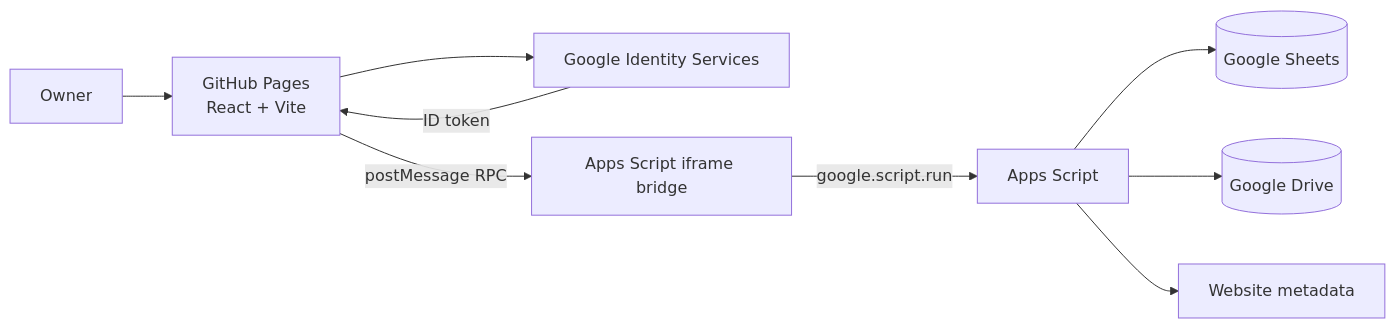
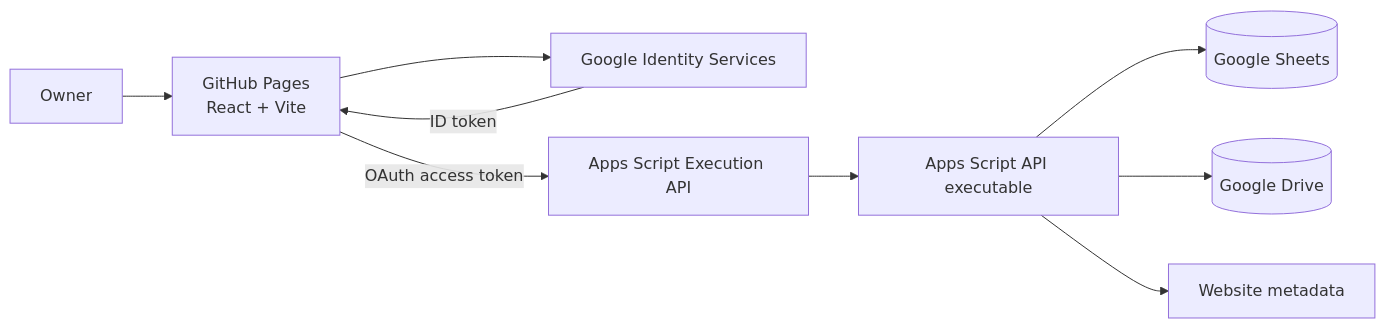
Before and after one commit to prashantgabu-e/all-bookmarks: the diagram in documents/ARCHITECTURE.md, drawn with Mermaid. The commit also changed other lines of this file and 8 other files, not shown here.

````diff
--- a/documents/ARCHITECTURE.md
+++ b/documents/ARCHITECTURE.md
@@ -7,11 +7,11 @@
 ```mermaid
 flowchart LR
   U[Owner] --> SPA[GitHub Pages<br/>React + Vite]
   SPA --> GIS[Google Identity Services]
   GIS -->|ID token| SPA
-  SPA -->|postMessage RPC| Frame[Apps Script iframe bridge]
-  Frame -->|google.script.run| GAS[Apps Script]
+  SPA -->|OAuth access token| API[Apps Script Execution API]
+  API --> GAS[Apps Script API executable]
   GAS --> Sheets[(Google Sheets)]
   GAS --> Drive[(Google Drive)]
   GAS --> Web[Website metadata]
 ```
````
